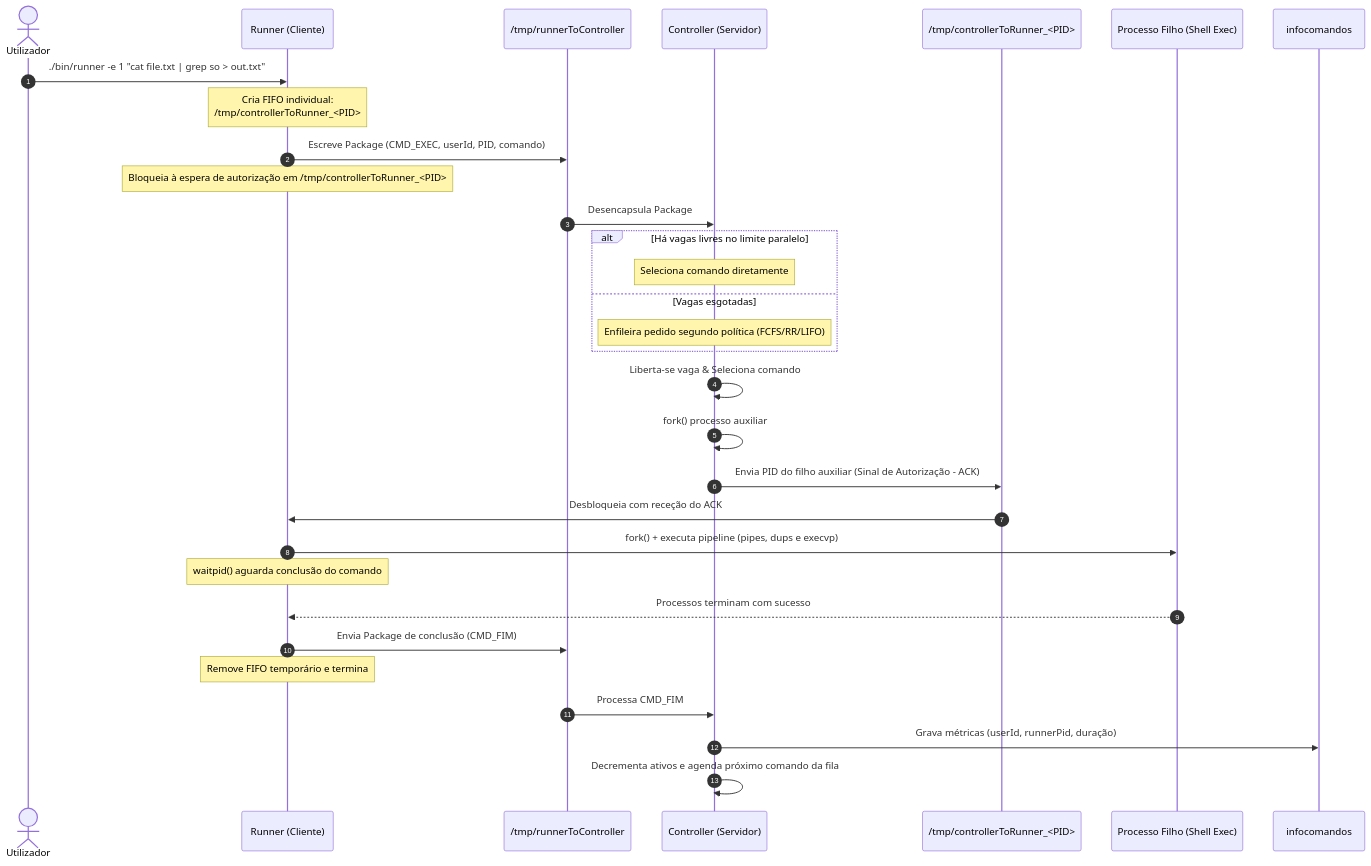
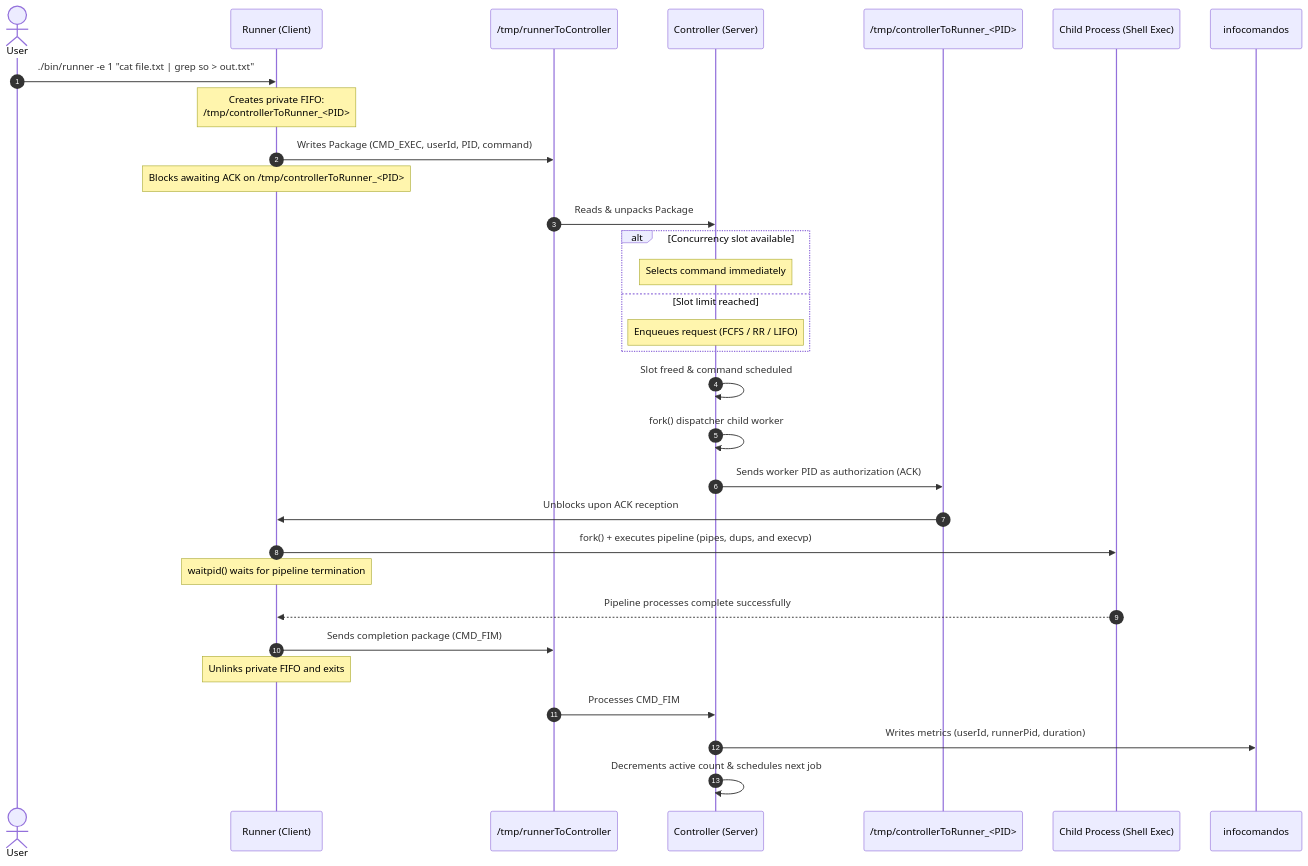
One commit to afonso35costa/ProjetoSO changed the second of 2 diagrams in README.md. Above: the diagram before and after it, drawn with Mermaid. The commit also changed other lines of this file, not shown here.

````diff
--- a/README.md
+++ b/README.md
@@ -142,38 +142,38 @@
 ```mermaid
 sequenceDiagram
     autonumber
-    actor Utilizador
-    participant Runner as Runner (Cliente)
+    actor User
+    participant Runner as Runner (Client)
     participant FIFO_Main as /tmp/runnerToController
-    participant Controller as Controller (Servidor)
+    participant Controller as Controller (Server)
     participant FIFO_Resp as /tmp/controllerToRunner_<PID>
-    participant Executer as Processo Filho (Shell Exec)
+    participant Executer as Child Process (Shell Exec)
     participant Log as infocomandos
 
-    Utilizador->>Runner: ./bin/runner -e 1 "cat file.txt | grep so > out.txt"
-    Note over Runner: Cria FIFO individual:<br>/tmp/controllerToRunner_<PID>
-    Runner->>FIFO_Main: Escreve Package (CMD_EXEC, userId, PID, comando)
-    Note over Runner: Bloqueia à espera de autorização em /tmp/controllerToRunner_<PID>
+    User->>Runner: ./bin/runner -e 1 "cat file.txt | grep so > out.txt"
+    Note over Runner: Creates private FIFO:<br>/tmp/controllerToRunner_<PID>
+    Runner->>FIFO_Main: Writes Package (CMD_EXEC, userId, PID, command)
+    Note over Runner: Blocks awaiting ACK on /tmp/controllerToRunner_<PID>
     
-    FIFO_Main->>Controller: Desencapsula Package
-    alt Há vagas livres no limite paralelo
-        Note over Controller: Seleciona comando diretamente
-    else Vagas esgotadas
-        Note over Controller: Enfileira pedido segundo política (FCFS/RR/LIFO)
+    FIFO_Main->>Controller: Reads & unpacks Package
+    alt Concurrency slot available
+        Note over Controller: Selects command immediately
+    else Slot limit reached
+        Note over Controller: Enqueues request (FCFS / RR / LIFO)
     end
 
-    Controller->>Controller: Liberta-se vaga & Seleciona comando
-    Controller->>Controller: fork() processo auxiliar
-    Controller->>FIFO_Resp: Envia PID do filho auxiliar (Sinal de Autorização - ACK)
+    Controller->>Controller: Slot freed & command scheduled
+    Controller->>Controller: fork() dispatcher child worker
+    Controller->>FIFO_Resp: Sends worker PID as authorization (ACK)
     
-    FIFO_Resp->>Runner: Desbloqueia com receção do ACK
-    Runner->>Executer: fork() + executa pipeline (pipes, dups e execvp)
-    Note over Runner: waitpid() aguarda conclusão do comando
-    Executer-->>Runner: Processos terminam com sucesso
+    FIFO_Resp->>Runner: Unblocks upon ACK reception
+    Runner->>Executer: fork() + executes pipeline (pipes, dups, and execvp)
+    Note over Runner: waitpid() waits for pipeline termination
+    Executer-->>Runner: Pipeline processes complete successfully
     
-    Runner->>FIFO_Main: Envia Package de conclusão (CMD_FIM)
-    Note over Runner: Remove FIFO temporário e termina
-    FIFO_Main->>Controller: Processa CMD_FIM
-    Controller->>Log: Grava métricas (userId, runnerPid, duração)
-    Controller->>Controller: Decrementa ativos e agenda próximo comando da fila
+    Runner->>FIFO_Main: Sends completion package (CMD_FIM)
+    Note over Runner: Unlinks private FIFO and exits
+    FIFO_Main->>Controller: Processes CMD_FIM
+    Controller->>Log: Writes metrics (userId, runnerPid, duration)
+    Controller->>Controller: Decrements active count & schedules next job
 ```
````
